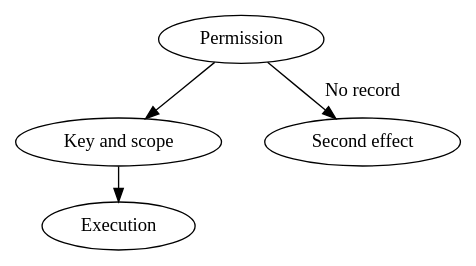
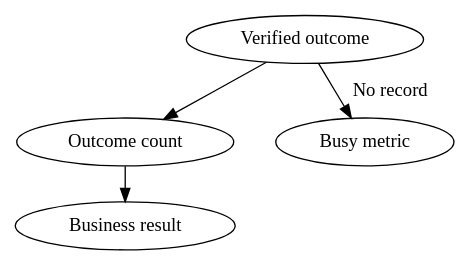
One commit to rajesh1008/system-design-book changed the diagram in figures/src/ch02/fig-02-8.dot. Above: the diagram before and after it, drawn with Graphviz. The commit also changed 281 other files, not shown here.

```diff
--- a/figures/src/ch02/fig-02-8.dot
+++ b/figures/src/ch02/fig-02-8.dot
@@ -1,15 +1,15 @@
-// Figure 2.8  Gap 3: permission to execution
+// Figure 2.10  Gap 5: verified outcome to business result
 // Reading order: top to bottom. The record that closes the gap sits on
 // the main path; the failure when it is missing branches below.
-digraph gap3 {
+digraph gap5 {
 #include "book.gv"
   rankdir=TB; nodesep=0.45; ranksep=0.35;
-  a [label="Permission", class="policy gate"];
-  r [label="Key and scope", class="evidence store"];
-  b [label="Execution", class="ops"];
-  x [label="Second effect", class="fail"];
+  a [label="Verified outcome", class="verified gate"];
+  r [label="Outcome count", class="evidence store"];
+  b [label="Business result", class="org"];
+  x [label="Busy metric", class="fail"];
   a -> r [class="control"];
   r -> b [class="emphasis"];
   a -> x [label=" No record", class="fail"];
   { rank=same; r; x; }
 }
```
